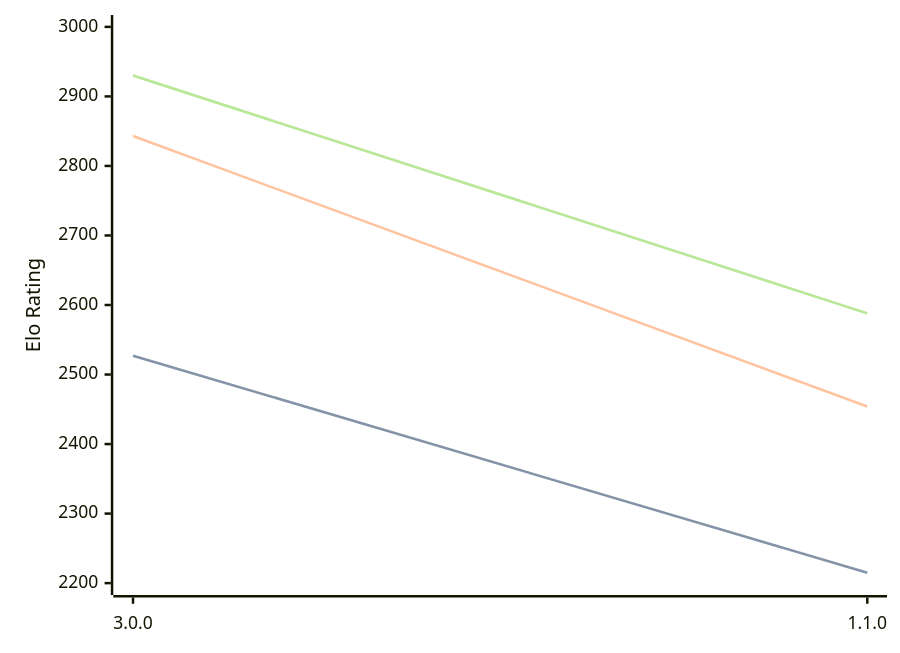
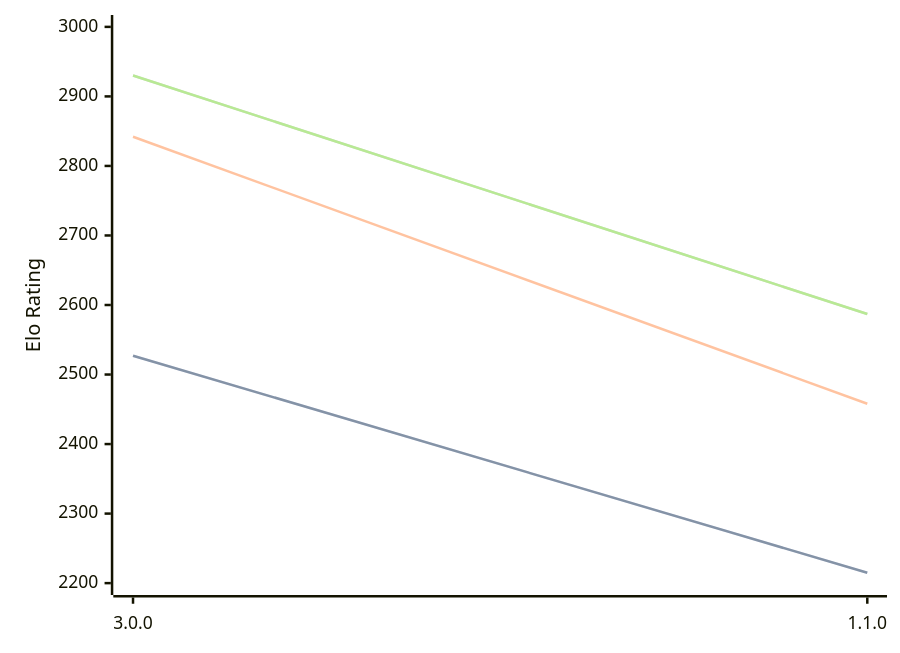
The diagram in engines/Potential.md (computer-chess-index/cci), drawn with Mermaid before and after one commit. The commit also changed other lines of this file, not shown here.

Commit message:
Update CCI Ratings (ELO VLTC) - 2026-06-09

````diff
--- a/engines/Potential.md
+++ b/engines/Potential.md
@@ -34,11 +34,11 @@
 ```mermaid
 %%{init: {"theme":"base","themeVariables":{"seriesColors:['#a3a3a3','#222221','#faa371']}}}%%
 xychart-beta
   x-axis ["3.0.0", "1.1.0"]
   y-axis "Elo Rating" 2200 --> 3000
   line "STC (8.0+0.08s)" [2527, 2215]
   line "STC (8.0+0.08s)" [2527, 2215]
-  line "LTC (60.0+0.60s)" [2843, 2454]
-  line "VLTC (2m24s+1.12s)" [2930, 2588]
-  line "VLTC (2m24s+1.12s)" [2930, 2588]
+  line "LTC (60.0+0.60s)" [2842, 2458]
+  line "VLTC (2m24s+1.12s)" [2930, 2587]
+  line "VLTC (2m24s+1.12s)" [2930, 2587]
 ```
````
